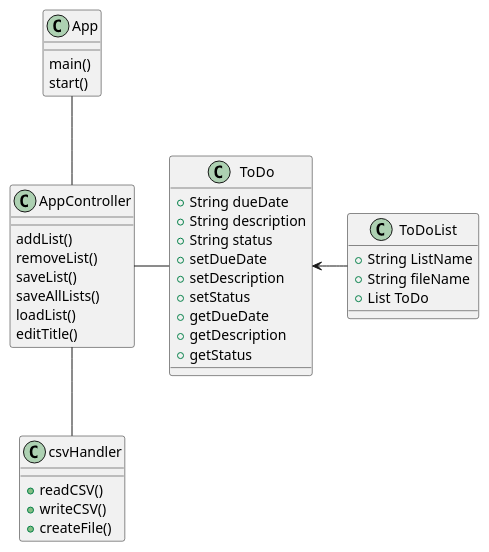
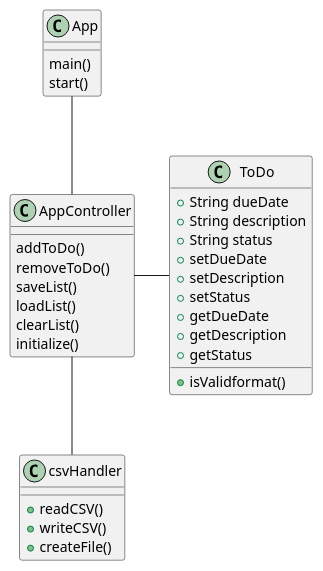
The diagram in UML/App.puml (andresrosalesucf/Rosales-COP3330-assignment4part2), drawn with PlantUML before and after one commit. The commit also changed 2 other files, not shown here.

Commit message:
updated plantuml

```diff
--- a/UML/App.puml
+++ b/UML/App.puml
@@ -1,43 +1,38 @@
 @startuml
 'https://plantuml.com/sequence-diagram
 
 class App{
     main()
     start()
 }
 class AppController{
-    addList()
-    removeList()
+    addToDo()
+    removeToDo()
     saveList()
-    saveAllLists()
     loadList()
-    editTitle()
+    clearList()
+    initialize()
 
 }
 class ToDo{
-    +String dueDate
-    +String description
-    +String status
-    +setDueDate
-    +setDescription
-    +setStatus
-    +getDueDate
-    +getDescription
-    +getStatus
-}
-class ToDoList{
-    +String ListName
-    +String fileName
-    +List ToDo
+    + String dueDate
+    + String description
+    + String status
+    + setDueDate
+    + setDescription
+    + setStatus
+    + getDueDate
+    + getDescription
+    + getStatus
+    + isValidformat()
 }
 
 class csvHandler {
     + readCSV()
     + writeCSV()
     + createFile()
 }
 App -- AppController
 AppController -- csvHandler
 AppController - ToDo
-ToDo <-ToDoList
 @enduml
```
